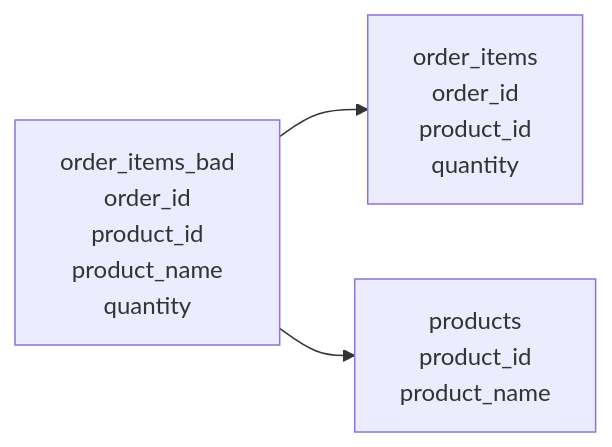
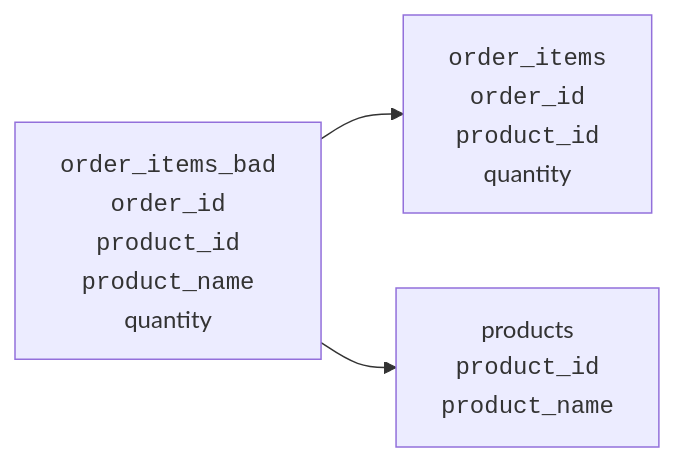
The fourth of 7 diagrams in content/learn/database-design-postgresql/second-normal-form.mdx (dataslope/dataslope), drawn with Mermaid before and after one commit. The commit also changed other lines of this file and 153 other files, not shown here.

First line of the commit message:
Render code-only mermaid shapes in monospace; convert step sequences to Steps

````diff
--- a/content/learn/database-design-postgresql/second-normal-form.mdx
+++ b/content/learn/database-design-postgresql/second-normal-form.mdx
@@ -115,5 +115,5 @@
 ```mermaid
 flowchart LR
-    Bad["order_items_bad<br/>order_id<br/>product_id<br/>product_name<br/>quantity"] --> Items["order_items<br/>order_id<br/>product_id<br/>quantity"]
-    Bad --> Products["products<br/>product_id<br/>product_name"]
+    Bad["<code>order_items_bad</code><br/><code>order_id</code><br/><code>product_id</code><br/><code>product_name</code><br/>quantity"] --> Items["<code>order_items</code><br/><code>order_id</code><br/><code>product_id</code><br/>quantity"]
+    Bad --> Products["products<br/><code>product_id</code><br/><code>product_name</code>"]
 ```
````
